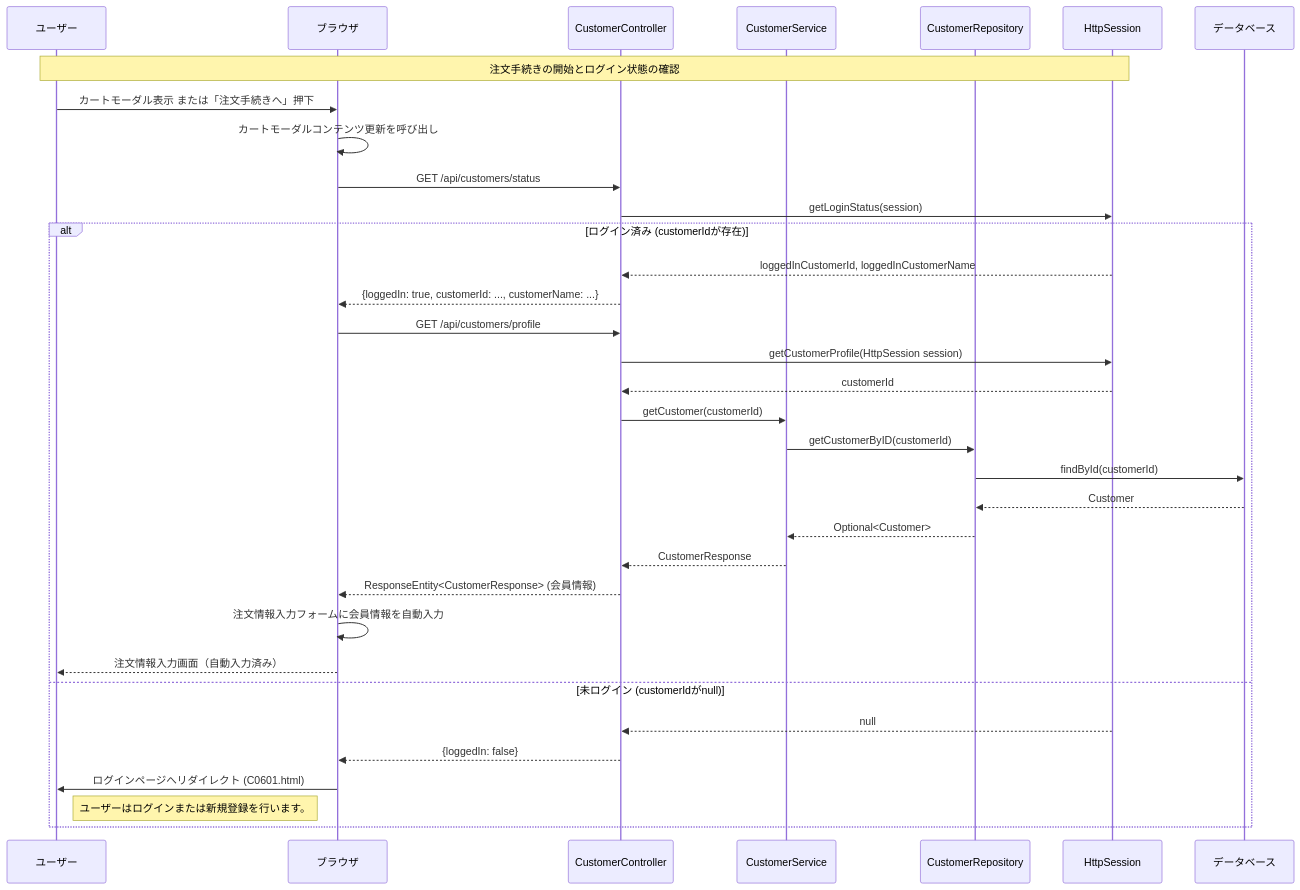
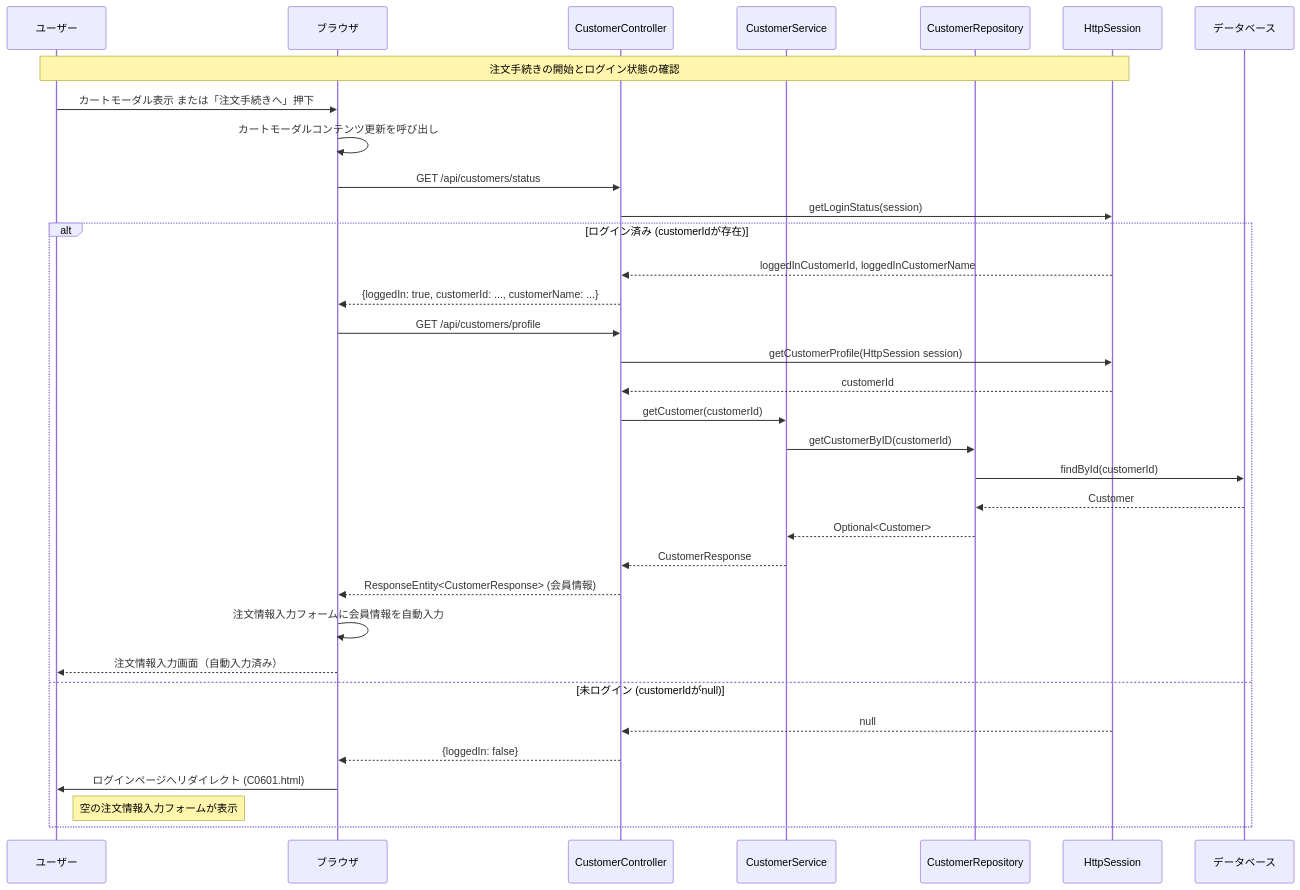
Before and after one commit to shogomaeda758/Bacon: diagram 13 of 22 in 詳細設計/詳細設計書_v3.md, drawn with Mermaid. The commit also changed other lines of this file, not shown here.

Commit message:
シーケンス図修正

````diff
--- a/詳細設計/詳細設計書_v3.md
+++ b/詳細設計/詳細設計書_v3.md
@@ -516,37 +516,37 @@
 ```mermaid
 sequenceDiagram
     participant U as ユーザー
     participant B as ブラウザ
     participant CUC as CustomerController
     participant CUS as CustomerService
     participant CR as CustomerRepository
     participant S as HttpSession
     participant DB as データベース
 
     Note over U,S: 注文手続きの開始とログイン状態の確認
     U->>B: カートモーダル表示 または「注文手続きへ」押下
     B->>B: カートモーダルコンテンツ更新を呼び出し
     B->>CUC: GET /api/customers/status
     CUC->>S: getLoginStatus(session)
     alt ログイン済み (customerIdが存在)
         S-->>CUC: loggedInCustomerId, loggedInCustomerName
         CUC-->>B: {loggedIn: true, customerId: ..., customerName: ...}
         B->>CUC: GET /api/customers/profile
         CUC->>S: getCustomerProfile(HttpSession session)
         S-->>CUC: customerId
         CUC->>CUS:getCustomer(customerId)
         CUS->>CR: getCustomerByID(customerId)
         CR->>DB: findById(customerId)
         DB-->>CR: Customer
         CR-->>CUS: Optional<Customer>
         CUS-->>CUC: CustomerResponse
         CUC-->>B: ResponseEntity<CustomerResponse> (会員情報)
         B->>B: 注文情報入力フォームに会員情報を自動入力
         B-->>U: 注文情報入力画面（自動入力済み）
     else 未ログイン (customerIdがnull)
         S-->>CUC: null
         CUC-->>B: {loggedIn: false}
         B->>U: ログインページへリダイレクト (C0601.html)
-        Note right of U: ユーザーはログインまたは新規登録を行います。
+        Note right of U: 空の注文情報入力フォームが表示
     end
 ```
````
